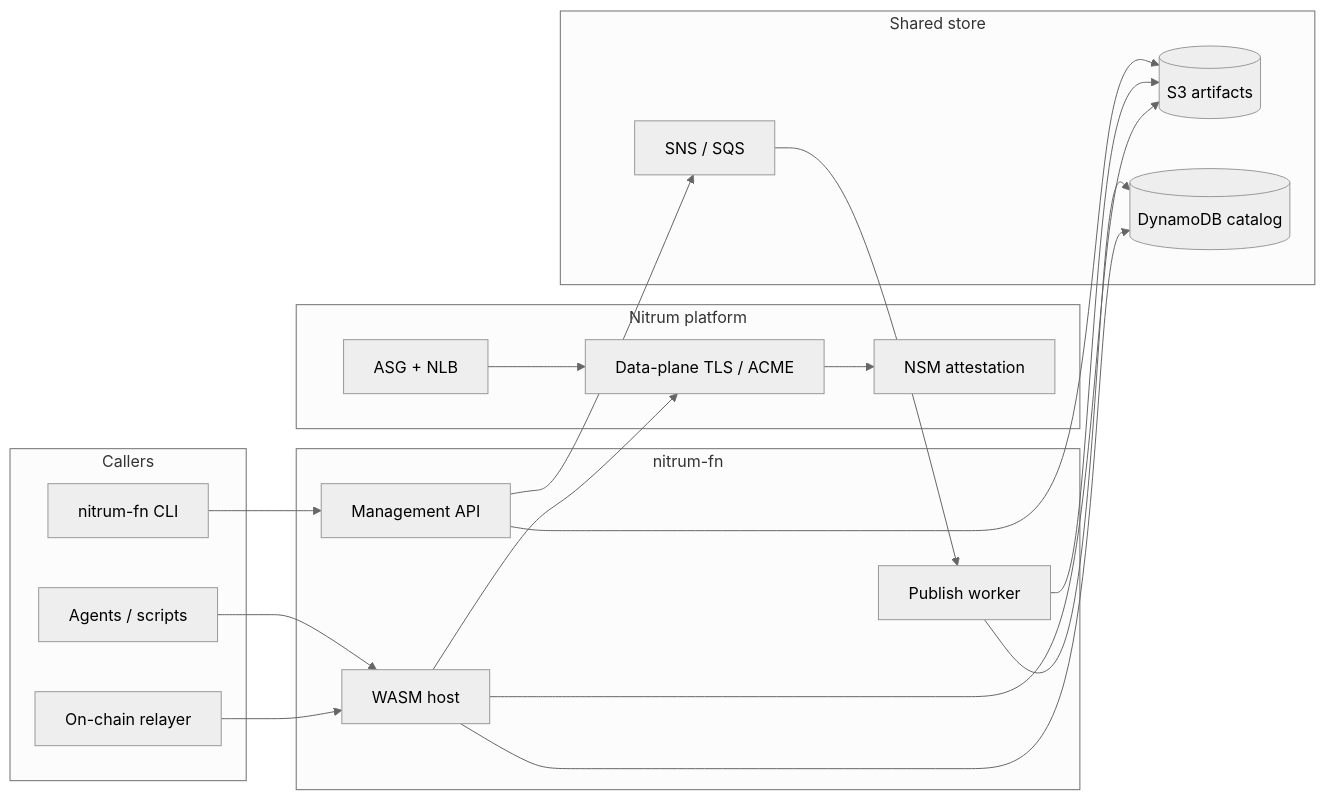
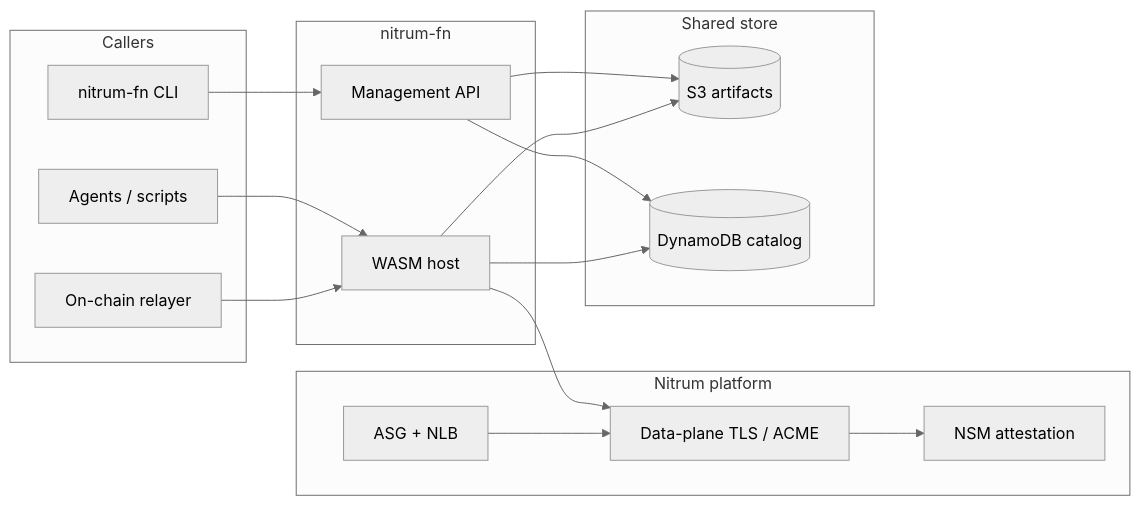
Before and after one commit to matzapata/nitrum-fn: the first of 7 diagrams in docs/architecture.md, drawn with Mermaid (neutral theme). The commit also changed other lines of this file and 78 other files, not shown here.

First line of the commit message:
feat(publish)!: complete catalog upsert synchronously in the API

````diff
--- a/docs/architecture.md
+++ b/docs/architecture.md
@@ -7,40 +7,35 @@
 ```mermaid
 flowchart LR
   subgraph callers [Callers]
     CLI["nitrum-fn CLI"]
     Agent[Agents / scripts]
     Relayer[On-chain relayer]
   end
 
   subgraph nitrumfn [nitrum-fn]
     API[Management API]
-    Worker[Publish worker]
     Host[WASM host]
   end
 
   subgraph nitrum [Nitrum platform]
     DP[Data-plane TLS / ACME]
     NSM[NSM attestation]
     Fleet[ASG + NLB]
   end
 
   subgraph store [Shared store]
     S3[(S3 artifacts)]
     DDB[(DynamoDB catalog)]
-    SNS[SNS / SQS]
   end
 
   CLI --> API
   Agent --> Host
   Relayer --> Host
   API --> S3
-  API --> SNS
-  Worker --> S3
-  Worker --> DDB
-  SNS --> Worker
+  API --> DDB
   Host --> S3
   Host --> DDB
   Host --> DP
   DP --> NSM
   Fleet --> DP
 ```
````
